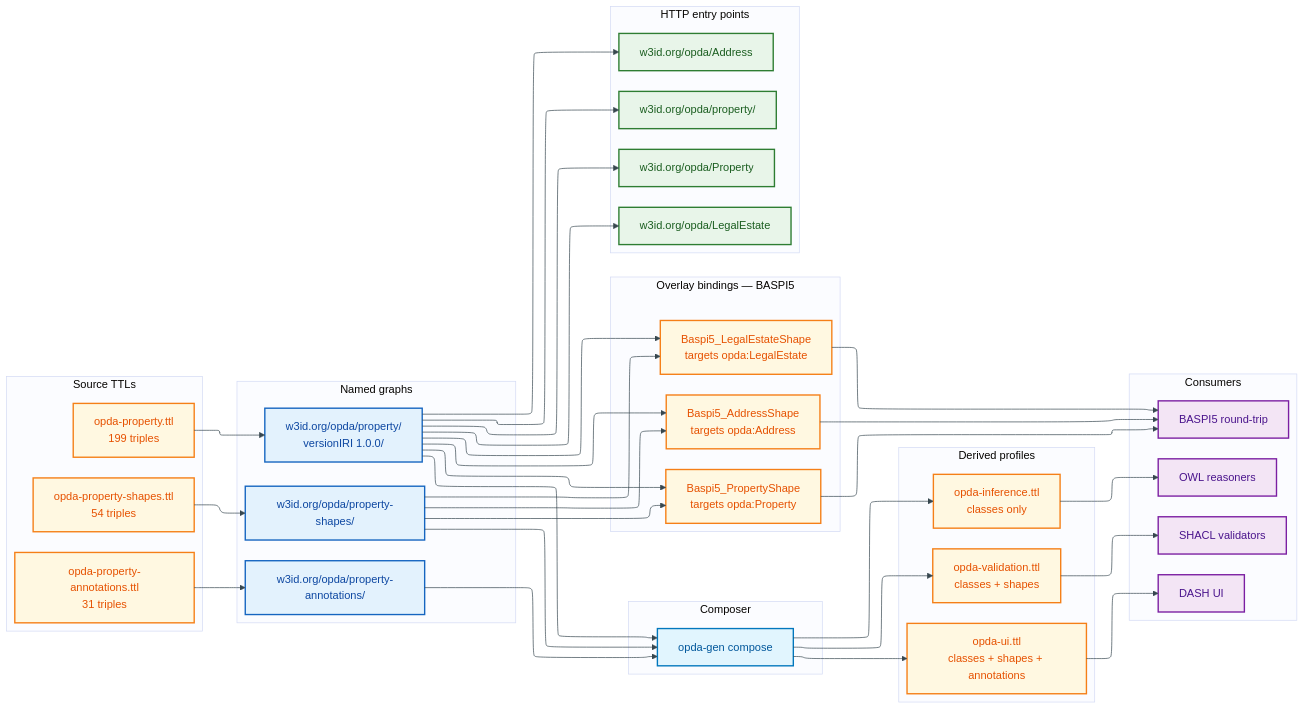
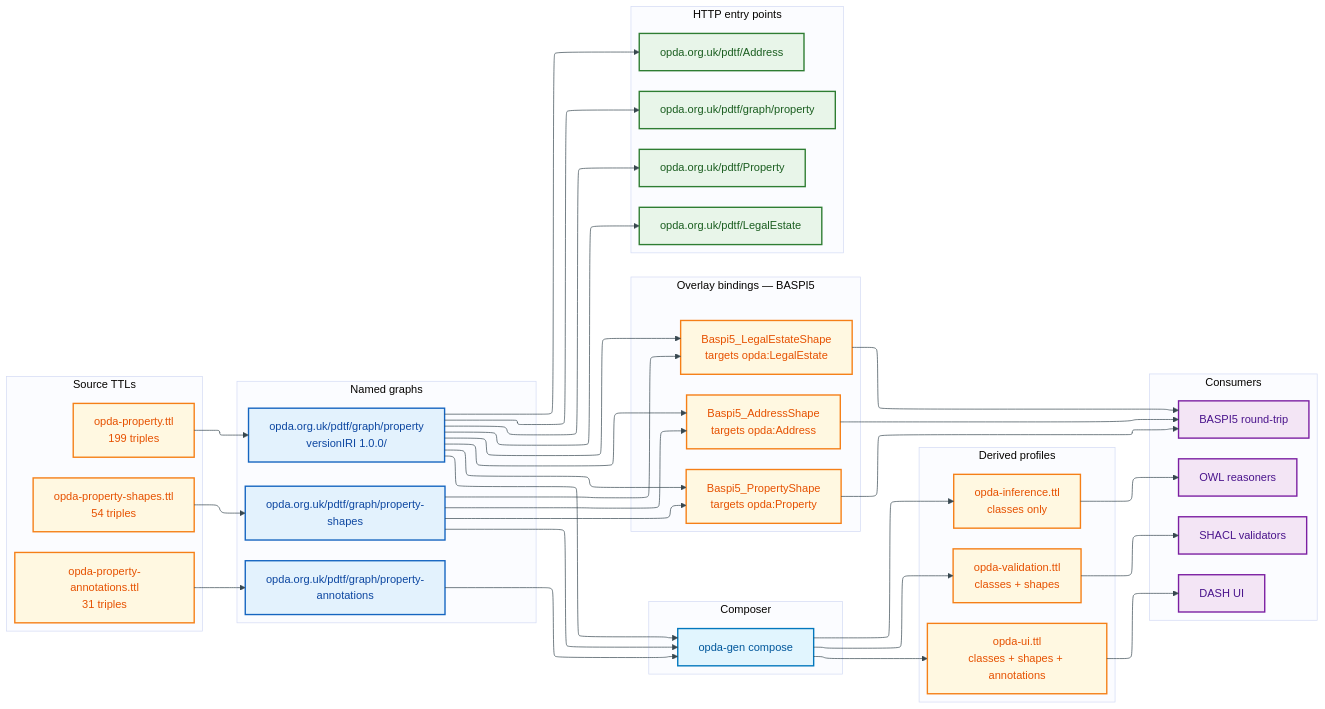
The diagram in docs/manual/physical-database/modules/property.md (sparkling/opda), drawn with Mermaid before and after one commit. The commit also changed other lines of this file and 98 other files, not shown here.

First line of the commit message:
docs: migrate live IRI references to opda.org.uk/pdtf scheme (swarm)

```diff
--- a/docs/manual/physical-database/modules/property.md
+++ b/docs/manual/physical-database/modules/property.md
@@ -107,9 +107,9 @@
     end
 
     subgraph NG["Named graphs"]
-        NGT["w3id.org/opda/property/<br/>versionIRI 1.0.0/"]:::infra
-        NGS["w3id.org/opda/property-shapes/"]:::infra
-        NGA["w3id.org/opda/property-annotations/"]:::infra
+        NGT["opda.org.uk/pdtf/graph/property<br/>versionIRI 1.0.0/"]:::infra
+        NGS["opda.org.uk/pdtf/graph/property-shapes"]:::infra
+        NGA["opda.org.uk/pdtf/graph/property-annotations"]:::infra
     end
 
     subgraph CMP["Composer"]
@@ -129,10 +129,10 @@
     end
 
     subgraph HTTP["HTTP entry points"]
-        H1["w3id.org/opda/property/"]:::service
-        H2["w3id.org/opda/Property"]:::service
-        H3["w3id.org/opda/Address"]:::service
-        H4["w3id.org/opda/LegalEstate"]:::service
+        H1["opda.org.uk/pdtf/graph/property"]:::service
+        H2["opda.org.uk/pdtf/Property"]:::service
+        H3["opda.org.uk/pdtf/Address"]:::service
+        H4["opda.org.uk/pdtf/LegalEstate"]:::service
     end
 
     subgraph CONS["Consumers"]
```
